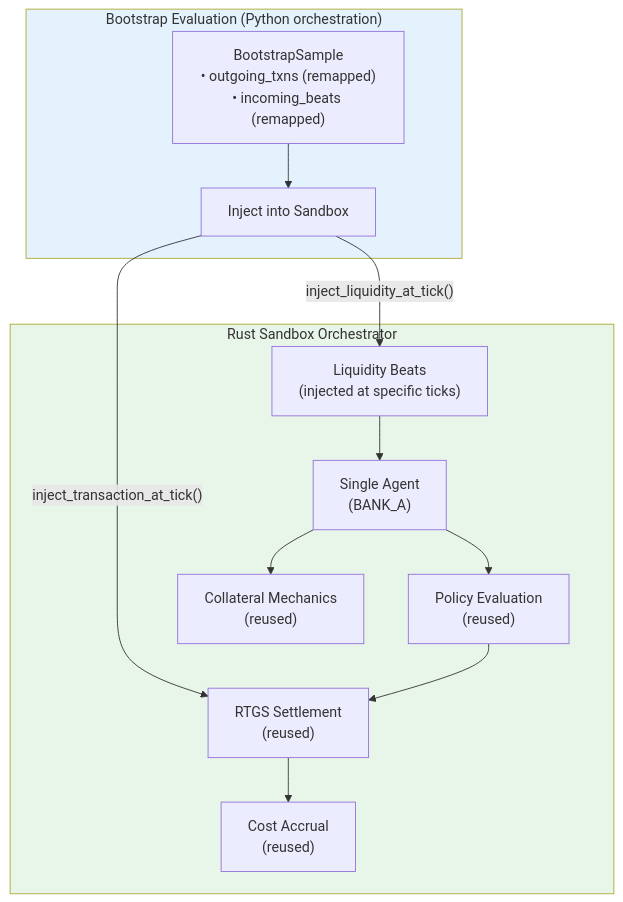
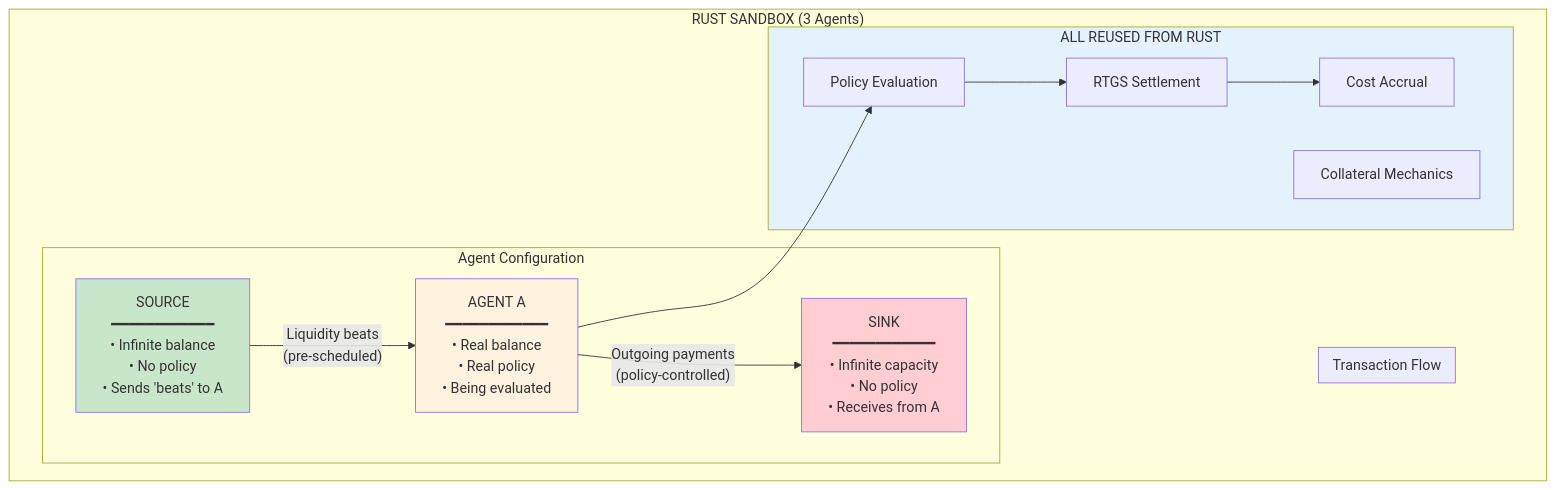
Before and after one commit to aerugo/SimCash: diagram 16 of 21 in docs/plans/improved-bootstrap.md, drawn with Mermaid. The commit also changed other lines of this file, not shown here.

First line of the commit message:
docs(plans): Refine bootstrap sandbox to 3-agent architecture

````diff
--- a/docs/plans/improved-bootstrap.md
+++ b/docs/plans/improved-bootstrap.md
@@ -997,27 +1008,31 @@
 ```mermaid
 flowchart TB
-    subgraph Bootstrap["Bootstrap Evaluation (Python orchestration)"]
-        Sample["BootstrapSample<br/>• outgoing_txns (remapped)<br/>• incoming_beats (remapped)"]
-        Inject["Inject into Sandbox"]
+    subgraph Sandbox["RUST SANDBOX (3 Agents)"]
+        subgraph Agents["Agent Configuration"]
+            SOURCE["SOURCE<br/>━━━━━━━━━━━━<br/>• Infinite balance<br/>• No policy<br/>• Sends 'beats' to A"]
+            A["AGENT A<br/>━━━━━━━━━━━━<br/>• Real balance<br/>• Real policy<br/>• Being evaluated"]
+            SINK["SINK<br/>━━━━━━━━━━━━<br/>• Infinite capacity<br/>• No policy<br/>• Receives from A"]
+        end
+
+        subgraph Flow["Transaction Flow"]
+            SOURCE -->|"Liquidity beats<br/>(pre-scheduled)"| A
+            A -->|"Outgoing payments<br/>(policy-controlled)"| SINK
+        end
+
+        subgraph Reused["ALL REUSED FROM RUST"]
+            RTGS["RTGS Settlement"]
+            Policy["Policy Evaluation"]
+            Costs["Cost Accrual"]
+            Collateral["Collateral Mechanics"]
+        end
     end
 
-    subgraph Sandbox["Rust Sandbox Orchestrator"]
-        Agent["Single Agent<br/>(BANK_A)"]
-        RTGS["RTGS Settlement<br/>(reused)"]
-        Policy["Policy Evaluation<br/>(reused)"]
-        Costs["Cost Accrual<br/>(reused)"]
-        Collateral["Collateral Mechanics<br/>(reused)"]
+    A --> Policy
+    Policy --> RTGS
+    RTGS --> Costs
 
-        Beats["Liquidity Beats<br/>(injected at specific ticks)"]
-    end
-
-    Sample --> Inject
-    Inject -->|"inject_transaction_at_tick()"| RTGS
-    Inject -->|"inject_liquidity_at_tick()"| Beats
-    Beats --> Agent
-    Agent --> Policy --> RTGS --> Costs
-    Agent --> Collateral
-
-    style Bootstrap fill:#e3f2fd
-    style Sandbox fill:#e8f5e9
+    style SOURCE fill:#c8e6c9
+    style A fill:#fff3e0
+    style SINK fill:#ffcdd2
+    style Reused fill:#e3f2fd
 ```
````
